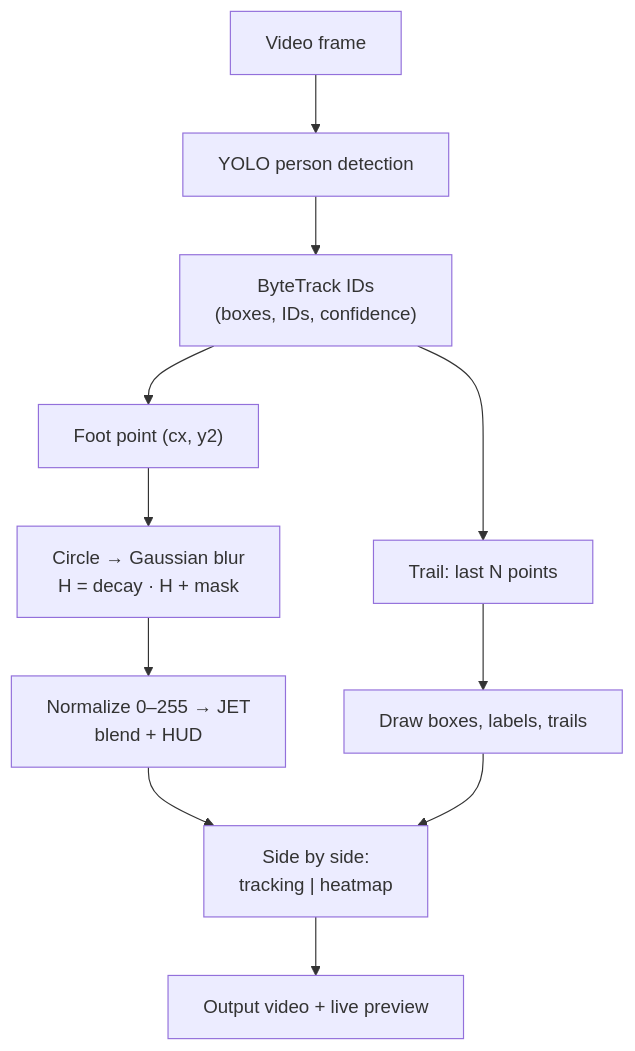
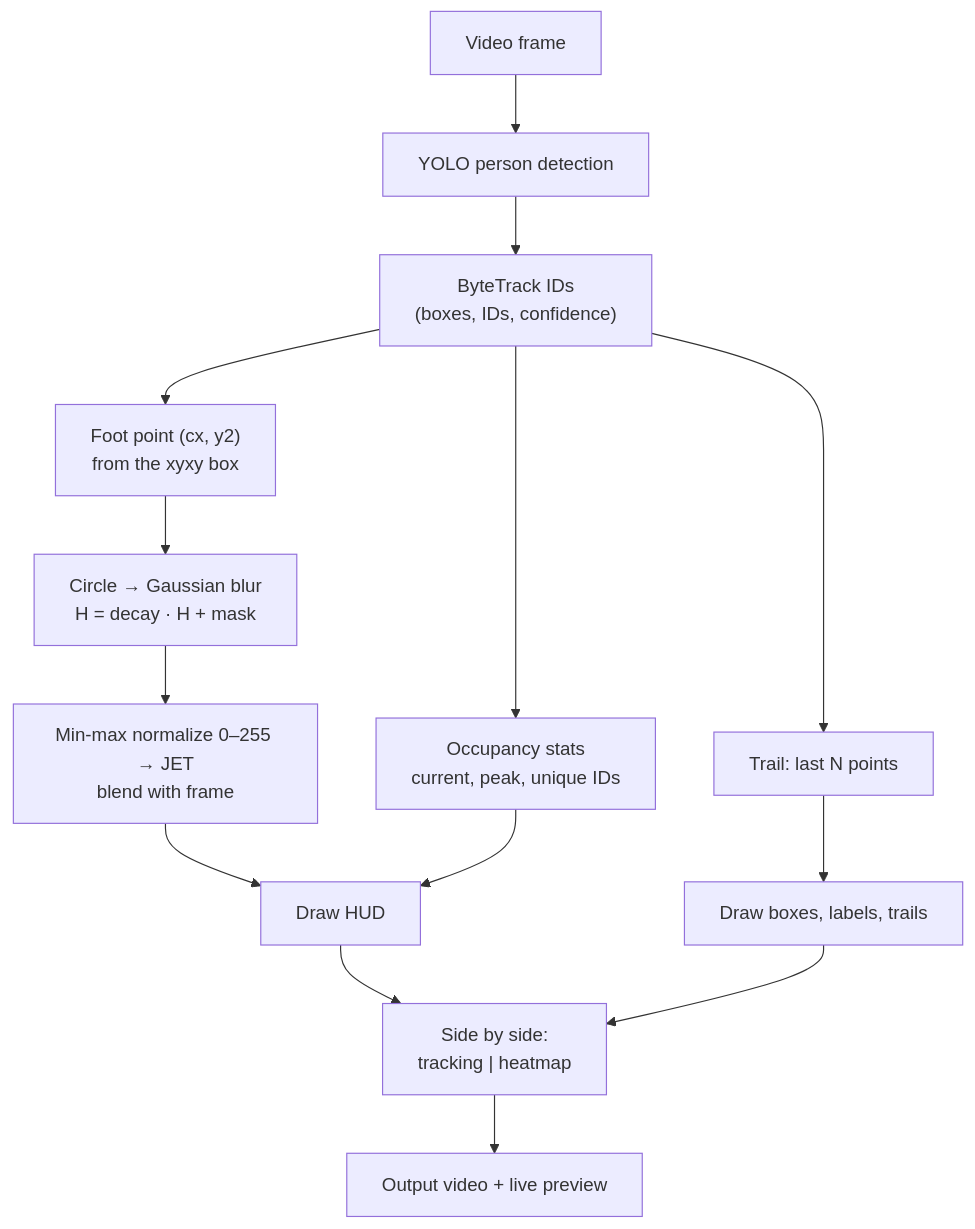
The diagram in README.md (karemdm/crowd-heatmap-analytics), drawn with Mermaid before and after one commit. The commit also changed other lines of this file and 1 other file, not shown here.

Commit message:
docs: fix tracker threshold claim, document exit codes, per-frame decay and tests; extend diagram

````diff
--- a/README.md
+++ b/README.md
@@ -24,13 +24,16 @@
 ```mermaid
 flowchart TD
     A["Video frame"] --> B["YOLO person detection"]
     B --> C["ByteTrack IDs<br/>(boxes, IDs, confidence)"]
-    C --> D["Foot point (cx, y2)"]
+    C --> S["Occupancy stats<br/>current, peak, unique IDs"]
+    C --> D["Foot point (cx, y2)<br/>from the xyxy box"]
     C --> E["Trail: last N points"]
     D --> F["Circle → Gaussian blur<br/>H = decay · H + mask"]
-    F --> G["Normalize 0–255 → JET<br/>blend + HUD"]
+    F --> G["Min-max normalize 0–255 → JET<br/>blend with frame"]
+    G --> G2["Draw HUD"]
+    S --> G2
     E --> H["Draw boxes, labels, trails"]
-    G --> I["Side by side:<br/>tracking | heatmap"]
+    G2 --> I["Side by side:<br/>tracking | heatmap"]
     H --> I
     I --> J["Output video + live preview"]
 ```
````
